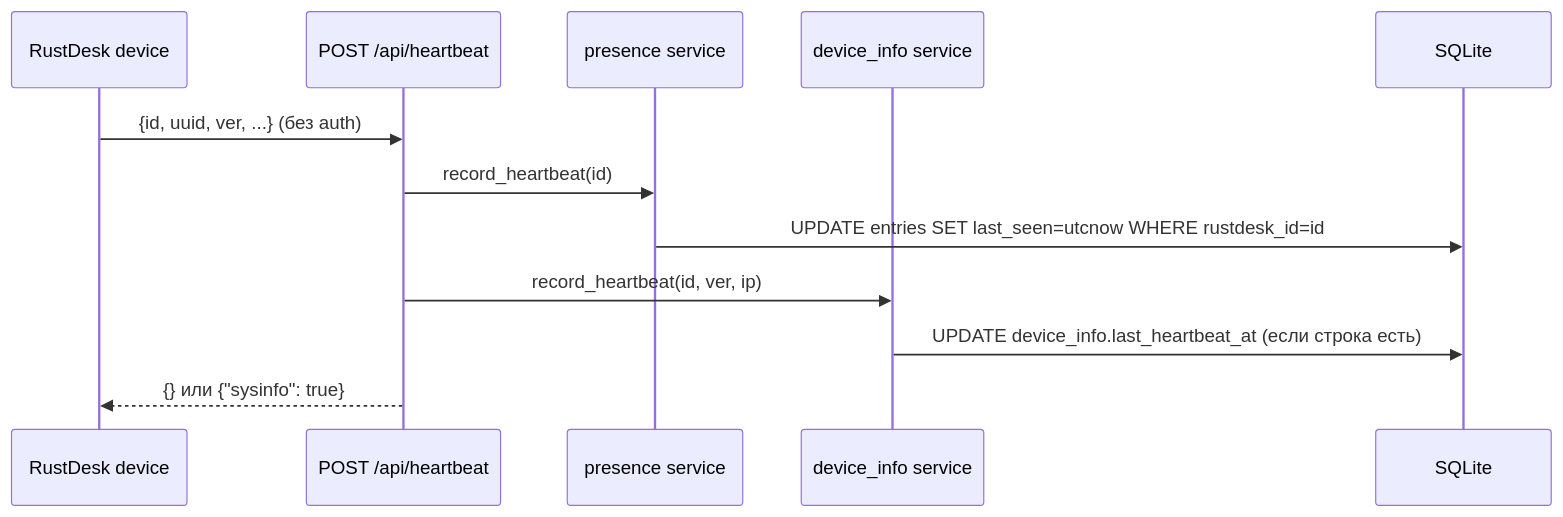
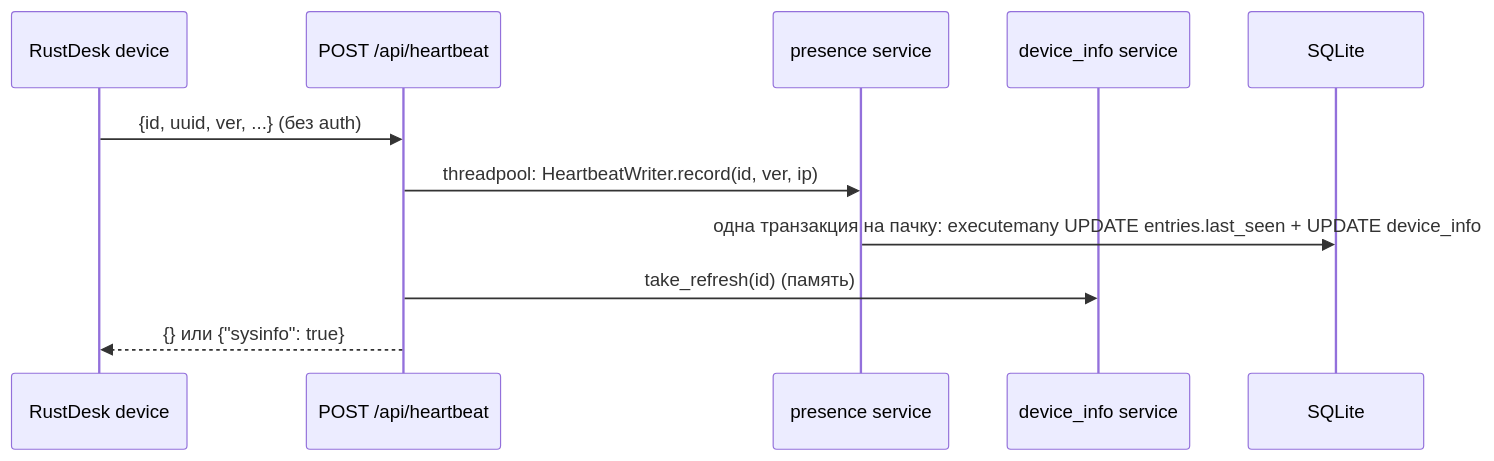
One commit to iinxn/rustdesk-address-book-api changed the third of 7 diagrams in docs/project/ARCHITECTURE.md. Above: the diagram before and after it, drawn with Mermaid. The commit also changed other lines of this file and 56 other files, not shown here.

````diff
--- a/docs/project/ARCHITECTURE.md
+++ b/docs/project/ARCHITECTURE.md
@@ -225,14 +249,13 @@
 ```mermaid
 sequenceDiagram
     participant D as RustDesk device
     participant H as POST /api/heartbeat
     participant P as presence service
     participant I as device_info service
     participant DB as SQLite
     D->>H: {id, uuid, ver, ...} (без auth)
-    H->>P: record_heartbeat(id)
-    P->>DB: UPDATE entries SET last_seen=utcnow WHERE rustdesk_id=id
-    H->>I: record_heartbeat(id, ver, ip)
-    I->>DB: UPDATE device_info.last_heartbeat_at (если строка есть)
+    H->>P: threadpool: HeartbeatWriter.record(id, ver, ip)
+    P->>DB: одна транзакция на пачку: executemany UPDATE entries.last_seen + UPDATE device_info
+    H->>I: take_refresh(id) (память)
     H-->>D: {} или {"sysinfo": true}
 ```
````
